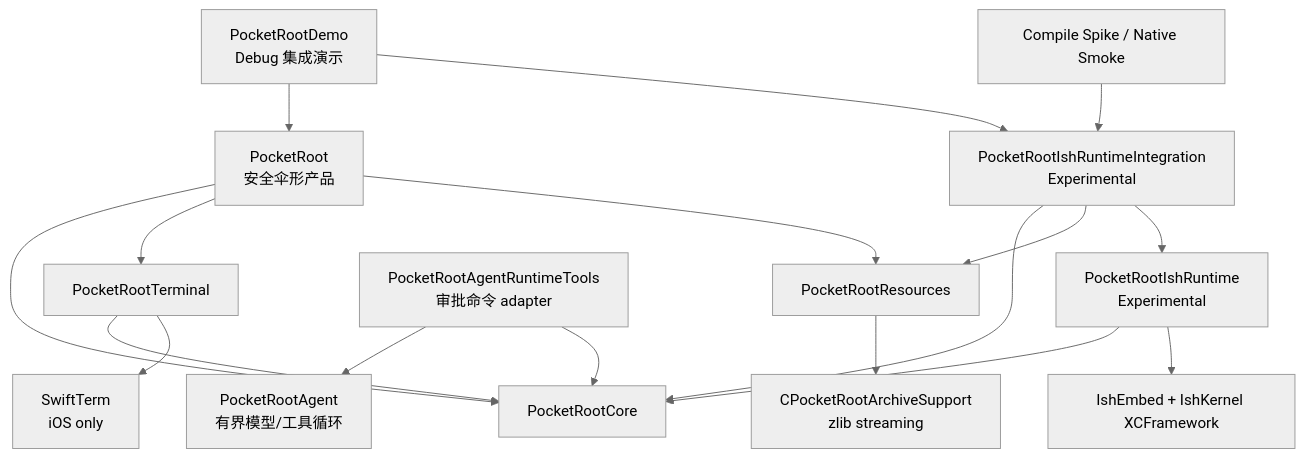
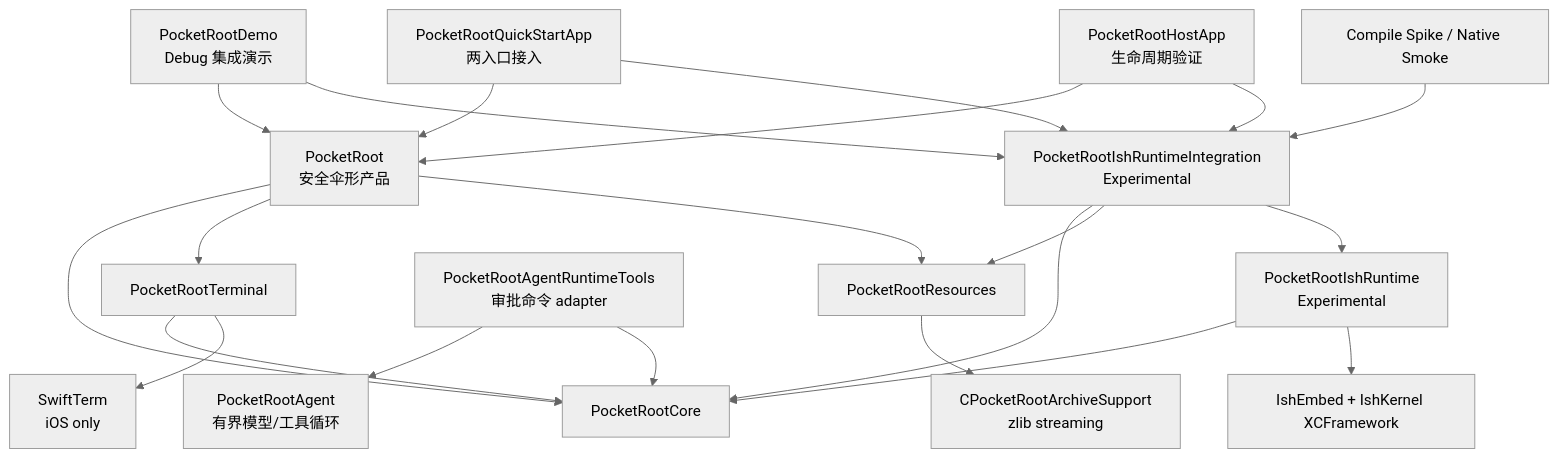
Before and after one commit to jacklv-coder/PocketRoot: the first of 3 diagrams in Docs/Architecture.md, drawn with Mermaid (neutral theme). The commit also changed other lines of this file and 27 other files, not shown here.

````diff
--- a/Docs/Architecture.md
+++ b/Docs/Architecture.md
@@ -34,23 +34,27 @@
 ```mermaid
 flowchart TB
     Demo["PocketRootDemo<br/>Debug 集成演示"] --> Umbrella["PocketRoot<br/>安全伞形产品"]
     Demo --> Integration
+    QuickStart["PocketRootQuickStartApp<br/>两入口接入"] --> Umbrella
+    QuickStart --> Integration
+    HostApp["PocketRootHostApp<br/>生命周期验证"] --> Umbrella
+    HostApp --> Integration
     Umbrella --> Core["PocketRootCore"]
     Umbrella --> Terminal["PocketRootTerminal"]
     Umbrella --> Resources["PocketRootResources"]
 
     Terminal --> Core
     Terminal --> SwiftTerm["SwiftTerm<br/>iOS only"]
     Resources --> Archive["CPocketRootArchiveSupport<br/>zlib streaming"]
     Agent["PocketRootAgent<br/>有界模型/工具循环"]
     AgentTools["PocketRootAgentRuntimeTools<br/>审批命令 adapter"] --> Agent
     AgentTools --> Core
 
     Integration["PocketRootIshRuntimeIntegration<br/>Experimental"] --> Core
     Integration --> Resources
     Integration --> Runtime["PocketRootIshRuntime<br/>Experimental"]
     Runtime --> Core
     Runtime --> IshEmbed["IshEmbed + IshKernel XCFramework"]
 
     Smoke["Compile Spike / Native Smoke"] --> Integration
 ```
````
